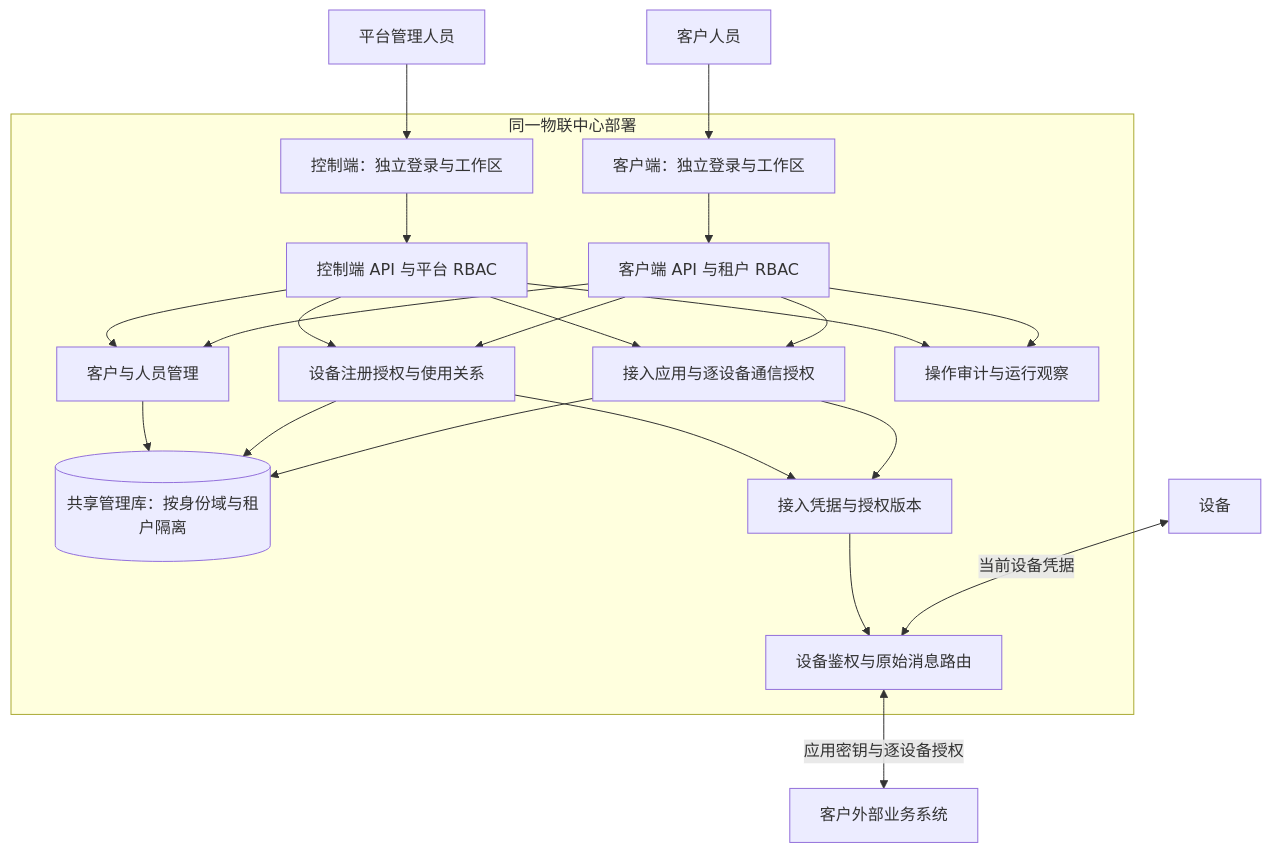
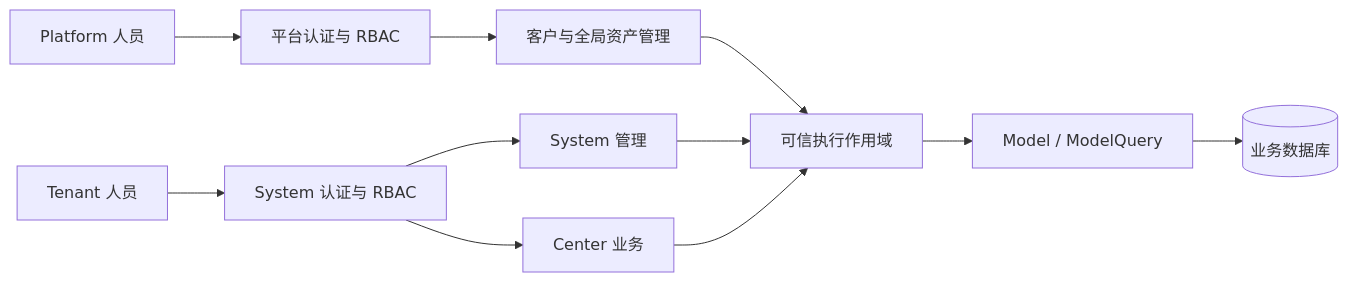
Before and after one commit to zoujingli/typeapp: the diagram in docs/development/iot-control-client-design.md, drawn with Mermaid. The commit also changed other lines of this file and 1518 other files, not shown here.

````diff
--- a/docs/development/iot-control-client-design.md
+++ b/docs/development/iot-control-client-design.md
@@ -53,25 +11,13 @@
 ```mermaid
-flowchart TB
-  A[平台管理人员] --> W1[控制端：独立登录与工作区]
-  U[客户人员] --> W2[客户端：独立登录与工作区]
-  subgraph App[同一物联中心部署]
-    W1 --> API1[控制端 API 与平台 RBAC]
-    W2 --> API2[客户端 API 与租户 RBAC]
-    API1 --> Customer[客户与人员管理]
-    API2 --> Customer
-    API1 --> Device[设备注册授权与使用关系]
-    API2 --> Device
-    Customer --> DB[(共享管理库：按身份域与租户隔离)]
-    Device --> DB
-    Device --> Access[接入凭据与授权版本]
-    API1 --> Integration[接入应用与逐设备通信授权]
-    API2 --> Integration
-    Integration --> DB
-    Integration --> Access
-    Access --> Broker[设备鉴权与原始消息路由]
-    API1 --> Audit[操作审计与运行观察]
-    API2 --> Audit
-  end
-  D[设备] <-->|当前设备凭据| Broker
-  Broker <-->|应用密钥与逐设备授权| X[客户外部业务系统]
+flowchart LR
+  Platform[Platform 人员] --> PlatformAuth[平台认证与 RBAC]
+  User[Tenant 人员] --> SystemAuth[System 认证与 RBAC]
+  PlatformAuth --> Management[客户与全局资产管理]
+  SystemAuth --> System[System 管理]
+  SystemAuth --> Center[Center 业务]
+  Management --> Scope[可信执行作用域]
+  System --> Scope
+  Center --> Scope
+  Scope --> Models[Model / ModelQuery]
+  Models --> DB[(业务数据库)]
 ```
````
